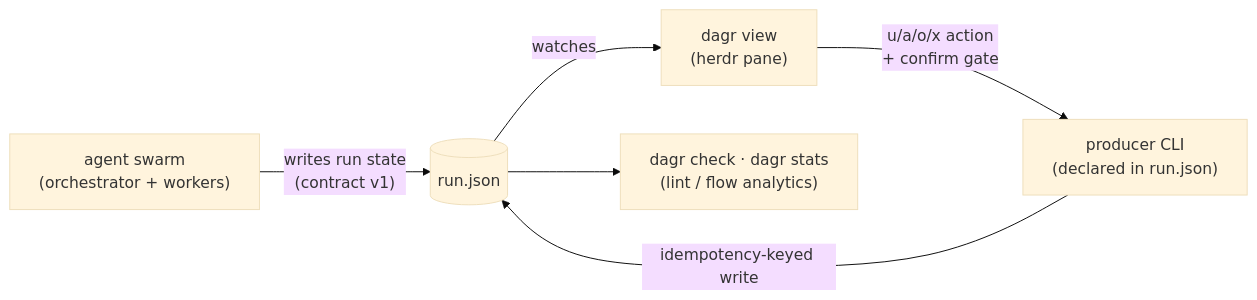
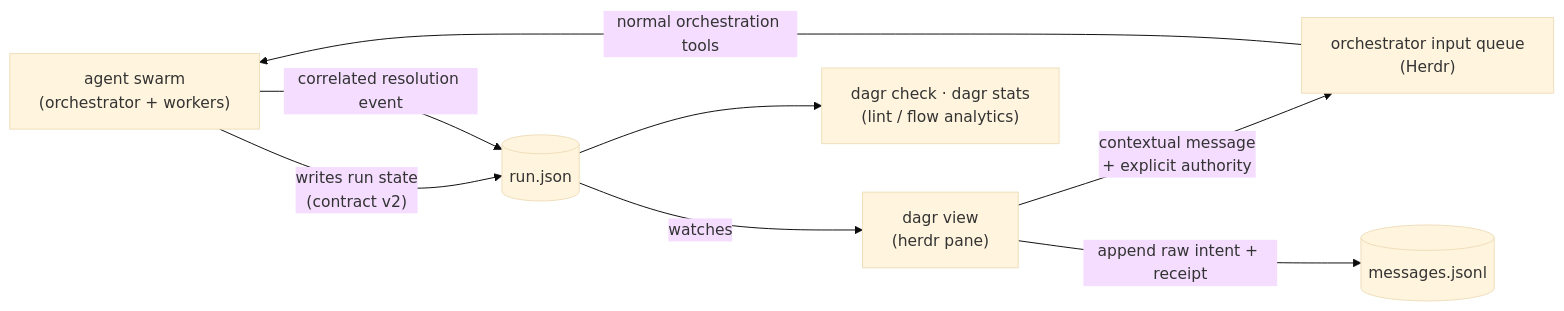
Before and after one commit to aemrebarut/herdr-dagr: the diagram in README.md, drawn with Mermaid (base theme). The commit also changed other lines of this file and 17 other files, not shown here.

Commit message:
Release v0.2.0: project scopes and orchestrator messages

````diff
--- a/README.md
+++ b/README.md
@@ -115,8 +122,10 @@
 ```mermaid
 flowchart LR
-    swarm["agent swarm<br/>(orchestrator + workers)"] -->|"writes run state<br/>(contract v1)"| run[("run.json")]
+    swarm["agent swarm<br/>(orchestrator + workers)"] -->|"writes run state<br/>(contract v2)"| run[("run.json")]
     run -->|"watches"| view["dagr view<br/>(herdr pane)"]
     run --> check["dagr check · dagr stats<br/>(lint / flow analytics)"]
-    view -->|"u/a/o/x action<br/>+ confirm gate"| cli["producer CLI<br/>(declared in run.json)"]
-    cli -->|"idempotency-keyed write"| run
+    view -->|"contextual message<br/>+ explicit authority"| orch["orchestrator input queue<br/>(Herdr)"]
+    orch -->|"normal orchestration tools"| swarm
+    view -->|"append raw intent + receipt"| journal[("messages.jsonl")]
+    swarm -->|"correlated resolution event"| run
 ```
````
